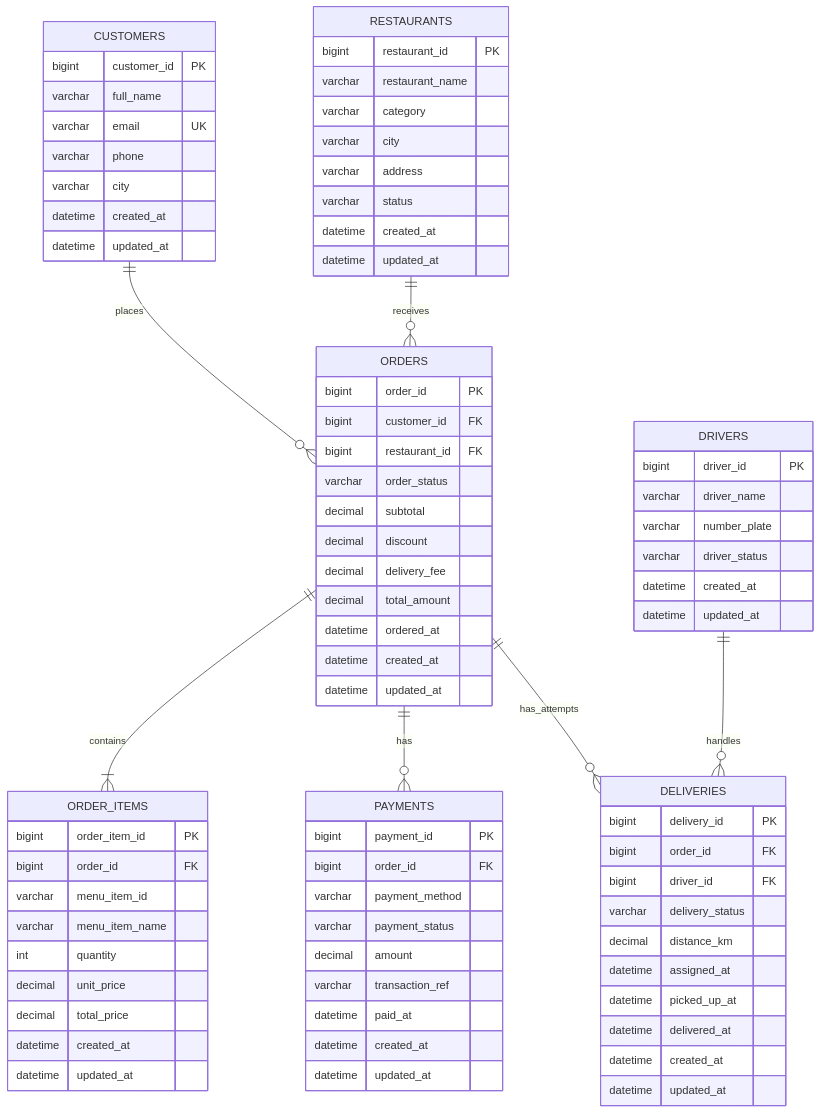
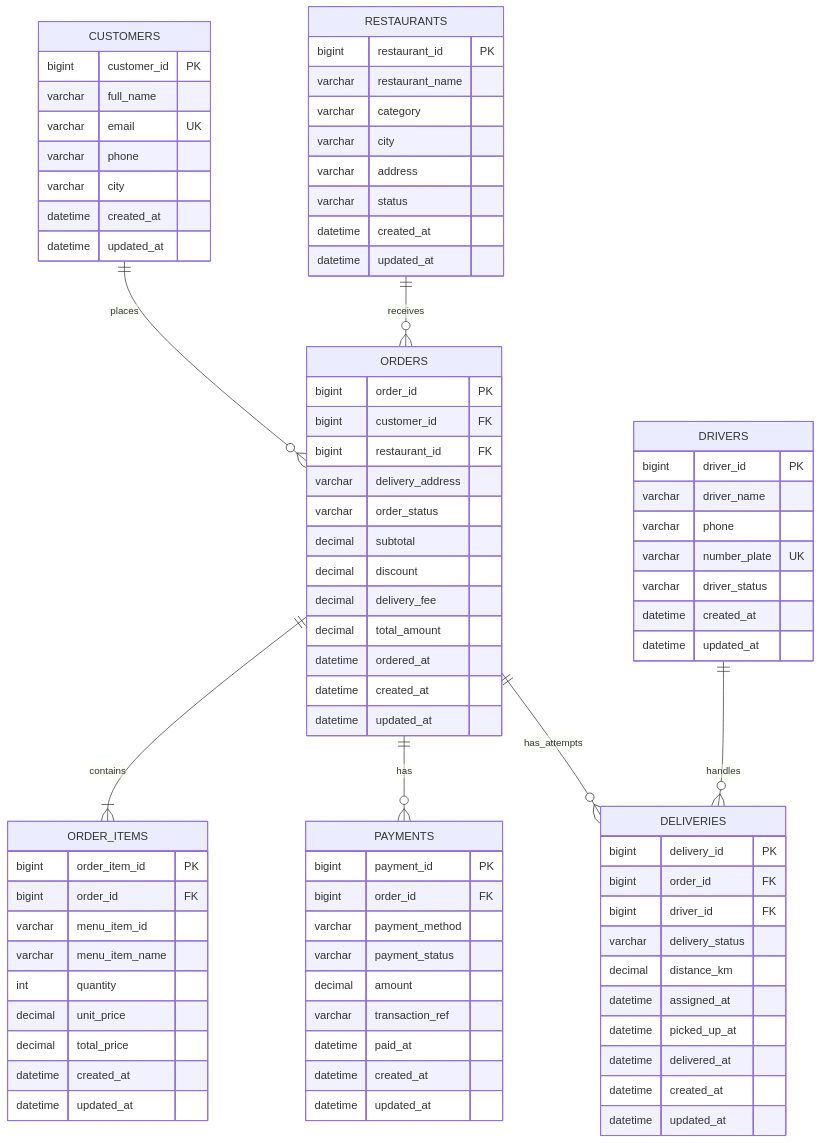
The second of 4 diagrams in food_delivery_schema.md (Chotiiiiw/Batch-Ingestion), drawn with Mermaid before and after one commit. The commit also changed other lines of this file and 15 other files, not shown here.

Commit message:
feat: add phone email and delivery address schema changes

```diff
--- a/food_delivery_schema.md
+++ b/food_delivery_schema.md
@@ -58,6 +58,7 @@
         bigint order_id PK
         bigint customer_id FK
         bigint restaurant_id FK
+        varchar delivery_address
         varchar order_status
         decimal subtotal
         decimal discount
@@ -95,7 +96,8 @@
     DRIVERS {
         bigint driver_id PK
         varchar driver_name
-        varchar number_plate
+        varchar phone
+        varchar number_plate UK
         varchar driver_status
         datetime created_at
         datetime updated_at
```
